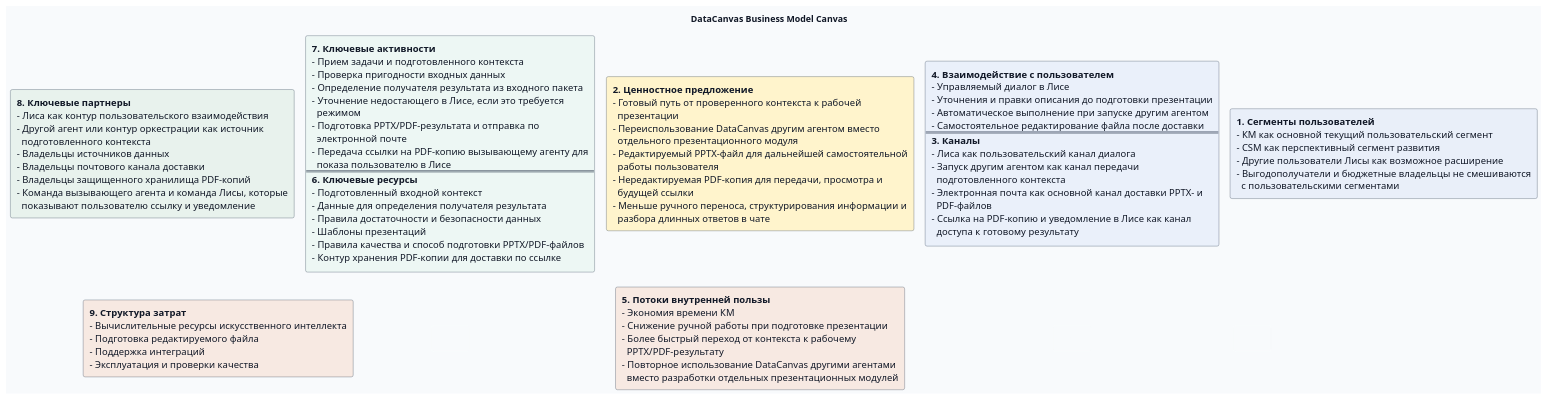
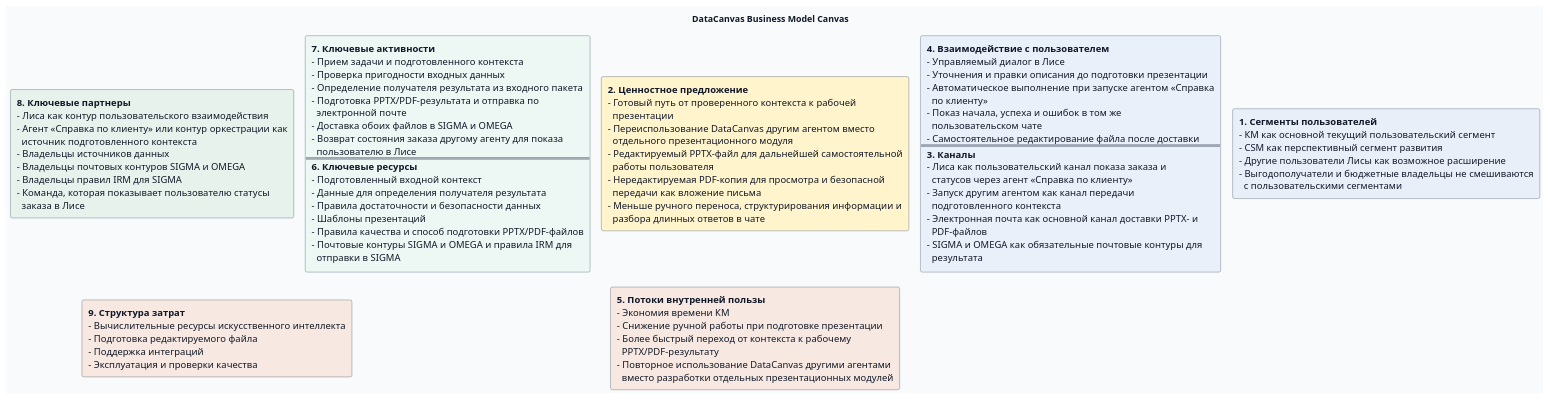
The diagram in docs/product/bmc/source/derived/datacanvas-bmc.puml (RussianLioN/datacanvas), drawn with PlantUML before and after one commit. The commit also changed 15 other files, not shown here.

```diff
--- a/docs/product/bmc/source/derived/datacanvas-bmc.puml
+++ b/docs/product/bmc/source/derived/datacanvas-bmc.puml
@@ -1,43 +1,43 @@
 @startuml
 title DataCanvas Business Model Canvas
 top to bottom direction
 skinparam backgroundColor #F8FAFC
 skinparam nodesep 18
 skinparam ranksep 24
 skinparam defaultFontName "Noto Sans"
 skinparam defaultFontColor #111827
 skinparam defaultFontSize 15
 skinparam rectangle {
   RoundCorner 6
   Shadowing false
   BorderColor #334155
 }
 skinparam rectangle<<gap>> {
   BorderColor #F8FAFC
   BackgroundColor #F8FAFC
   FontColor #F8FAFC
 }
-rectangle "<b>8. Ключевые партнеры</b>\n- Лиса как контур пользовательского взаимодействия\n- Другой агент или контур оркестрации как источник\n  подготовленного контекста\n- Владельцы источников данных\n- Владельцы почтового канала доставки\n- Владельцы защищенного хранилища PDF-копий\n- Команда вызывающего агента и команда Лисы, которые\n  показывают пользователю ссылку и уведомление" as B8 #E8F2ED
-rectangle "<b>7. Ключевые активности</b>\n- Прием задачи и подготовленного контекста\n- Проверка пригодности входных данных\n- Определение получателя результата из входного пакета\n- Уточнение недостающего в Лисе, если это требуется\n  режимом\n- Подготовка PPTX/PDF-результата и отправка по\n  электронной почте\n- Передача ссылки на PDF-копию вызывающему агенту для\n  показа пользователю в Лисе\n==\n<b>6. Ключевые ресурсы</b>\n- Подготовленный входной контекст\n- Данные для определения получателя результата\n- Правила достаточности и безопасности данных\n- Шаблоны презентаций\n- Правила качества и способ подготовки PPTX/PDF-файлов\n- Контур хранения PDF-копии для доставки по ссылке" as B76 #EDF7F4
-rectangle "<b>2. Ценностное предложение</b>\n- Готовый путь от проверенного контекста к рабочей\n  презентации\n- Переиспользование DataCanvas другим агентом вместо\n  отдельного презентационного модуля\n- Редактируемый PPTX-файл для дальнейшей самостоятельной\n  работы пользователя\n- Нередактируемая PDF-копия для передачи, просмотра и\n  будущей ссылки\n- Меньше ручного переноса, структурирования информации и\n  разбора длинных ответов в чате" as B2 #FFF4CC
-rectangle "<b>4. Взаимодействие с пользователем</b>\n- Управляемый диалог в Лисе\n- Уточнения и правки описания до подготовки презентации\n- Автоматическое выполнение при запуске другим агентом\n- Самостоятельное редактирование файла после доставки\n==\n<b>3. Каналы</b>\n- Лиса как пользовательский канал диалога\n- Запуск другим агентом как канал передачи\n  подготовленного контекста\n- Электронная почта как основной канал доставки PPTX- и\n  PDF-файлов\n- Ссылка на PDF-копию и уведомление в Лисе как канал\n  доступа к готовому результату" as B43 #EAF0FA
+rectangle "<b>8. Ключевые партнеры</b>\n- Лиса как контур пользовательского взаимодействия\n- Агент «Справка по клиенту» или контур оркестрации как\n  источник подготовленного контекста\n- Владельцы источников данных\n- Владельцы почтовых контуров SIGMA и OMEGA\n- Владельцы правил IRM для SIGMA\n- Команда, которая показывает пользователю статусы\n  заказа в Лисе" as B8 #E8F2ED
+rectangle "<b>7. Ключевые активности</b>\n- Прием задачи и подготовленного контекста\n- Проверка пригодности входных данных\n- Определение получателя результата из входного пакета\n- Подготовка PPTX/PDF-результата и отправка по\n  электронной почте\n- Доставка обоих файлов в SIGMA и OMEGA\n- Возврат состояния заказа другому агенту для показа\n  пользователю в Лисе\n==\n<b>6. Ключевые ресурсы</b>\n- Подготовленный входной контекст\n- Данные для определения получателя результата\n- Правила достаточности и безопасности данных\n- Шаблоны презентаций\n- Правила качества и способ подготовки PPTX/PDF-файлов\n- Почтовые контуры SIGMA и OMEGA и правила IRM для\n  отправки в SIGMA" as B76 #EDF7F4
+rectangle "<b>2. Ценностное предложение</b>\n- Готовый путь от проверенного контекста к рабочей\n  презентации\n- Переиспользование DataCanvas другим агентом вместо\n  отдельного презентационного модуля\n- Редактируемый PPTX-файл для дальнейшей самостоятельной\n  работы пользователя\n- Нередактируемая PDF-копия для просмотра и безопасной\n  передачи как вложение письма\n- Меньше ручного переноса, структурирования информации и\n  разбора длинных ответов в чате" as B2 #FFF4CC
+rectangle "<b>4. Взаимодействие с пользователем</b>\n- Управляемый диалог в Лисе\n- Уточнения и правки описания до подготовки презентации\n- Автоматическое выполнение при запуске агентом «Справка\n  по клиенту»\n- Показ начала, успеха и ошибок в том же\n  пользовательском чате\n- Самостоятельное редактирование файла после доставки\n==\n<b>3. Каналы</b>\n- Лиса как пользовательский канал показа заказа и\n  статусов через агент «Справка по клиенту»\n- Запуск другим агентом как канал передачи\n  подготовленного контекста\n- Электронная почта как основной канал доставки PPTX- и\n  PDF-файлов\n- SIGMA и OMEGA как обязательные почтовые контуры для\n  результата" as B43 #EAF0FA
 rectangle "<b>1. Сегменты пользователей</b>\n- КМ как основной текущий пользовательский сегмент\n- CSM как перспективный сегмент развития\n- Другие пользователи Лисы как возможное расширение\n- Выгодополучатели и бюджетные владельцы не смешиваются\n  с пользовательскими сегментами" as B1 #E9EFF9
 rectangle "<b>9. Структура затрат</b>\n- Вычислительные ресурсы искусственного интеллекта\n- Подготовка редактируемого файла\n- Поддержка интеграций\n- Эксплуатация и проверки качества" as B9 #F7E9E2
 rectangle " " as E1 <<gap>>
 rectangle "<b>5. Потоки внутренней пользы</b>\n- Экономия времени КМ\n- Снижение ручной работы при подготовке презентации\n- Более быстрый переход от контекста к рабочему\n  PPTX/PDF-результату\n- Повторное использование DataCanvas другими агентами\n  вместо разработки отдельных презентационных модулей" as B5 #F7E9E2
 rectangle " " as E2 <<gap>>
 rectangle " " as E3 <<gap>>
 B8 -[hidden]right- B76
 B76 -[hidden]right- B2
 B2 -[hidden]right- B43
 B43 -[hidden]right- B1
 B8 -[hidden]down- B9
 B76 -[hidden]down- E1
 B2 -[hidden]down- B5
 B43 -[hidden]down- E2
 B1 -[hidden]down- E3
 B9 -[hidden]right- E1
 E1 -[hidden]right- B5
 B5 -[hidden]right- E2
 E2 -[hidden]right- E3
 @enduml
```
